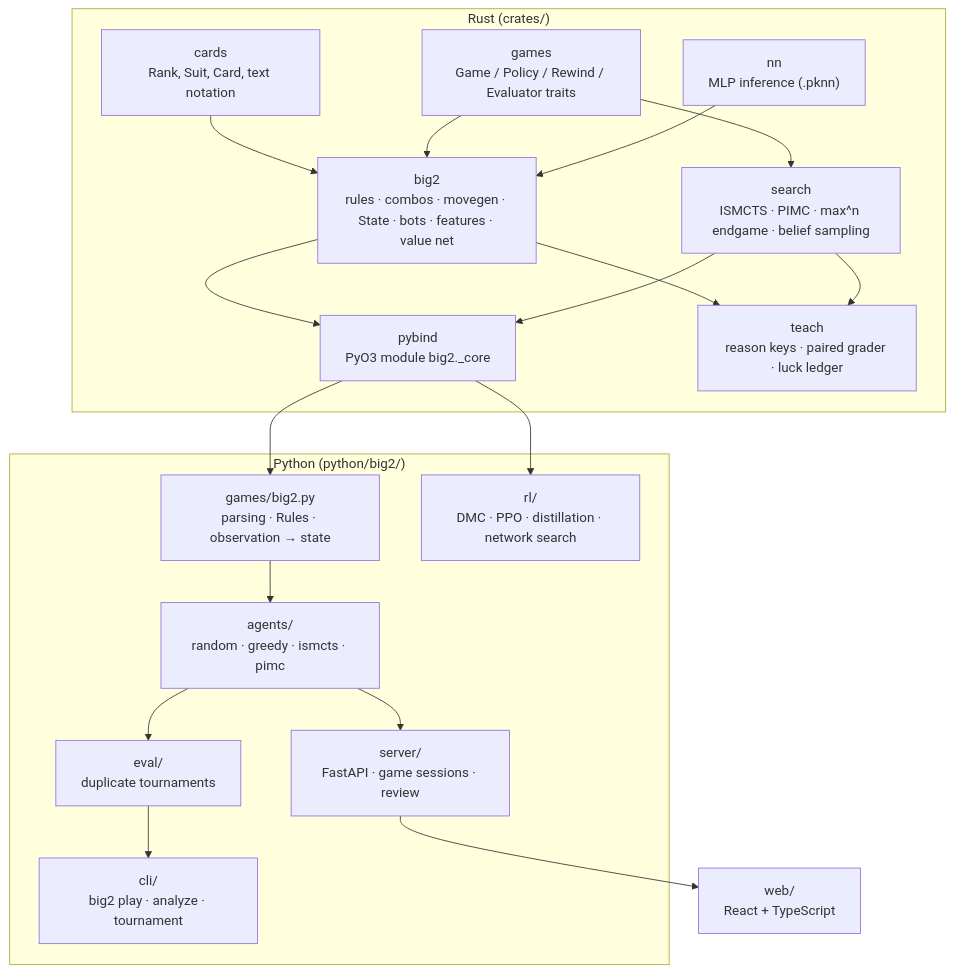
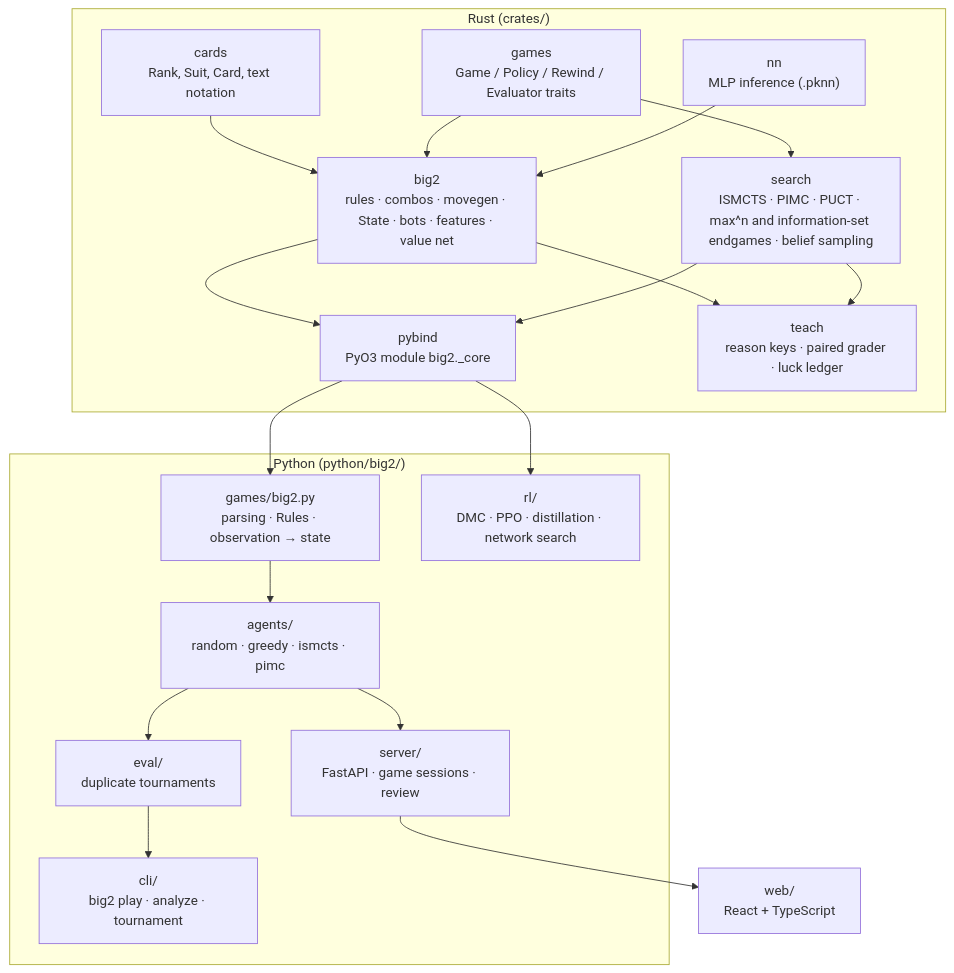
The diagram in docs/architecture.md (bpy13/big2), drawn with Mermaid before and after one commit. The commit also changed other lines of this file and 7 other files, not shown here.

````diff
--- a/docs/architecture.md
+++ b/docs/architecture.md
@@ -3,32 +3,32 @@
 ```mermaid
 flowchart TB
     subgraph rust["Rust (crates/)"]
         cards["cards<br/>Rank, Suit, Card, text notation"]
         games["games<br/>Game / Policy / Rewind / Evaluator traits"]
         nn["nn<br/>MLP inference (.pknn)"]
         big2["big2<br/>rules · combos · movegen · State · bots · features · value net"]
-        search["search<br/>ISMCTS · PIMC · max^n endgame · belief sampling"]
+        search["search<br/>ISMCTS · PIMC · PUCT · max^n and information-set endgames · belief sampling"]
         pybind["pybind<br/>PyO3 module big2._core"]
         teach["teach<br/>reason keys · paired grader · luck ledger"]
         cards --> big2
         big2 --> teach
         search --> teach
         games --> big2
         nn --> big2
         games --> search
         big2 --> pybind
         search --> pybind
     end
     subgraph py["Python (python/big2/)"]
         helpers["games/big2.py<br/>parsing · Rules · observation → state"]
         agents["agents/<br/>random · greedy · ismcts · pimc"]
         evalm["eval/<br/>duplicate tournaments"]
         cli["cli/<br/>big2 play · analyze · tournament"]
         server["server/<br/>FastAPI · game sessions · review"]
         rl["rl/<br/>DMC · PPO · distillation · network search"]
     end
     web["web/<br/>React + TypeScript"]
     pybind --> helpers --> agents --> evalm --> cli
     agents --> server --> web
     pybind --> rl
 ```
````
